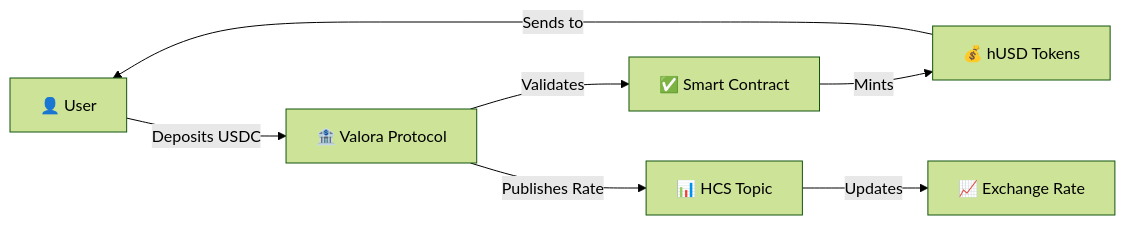
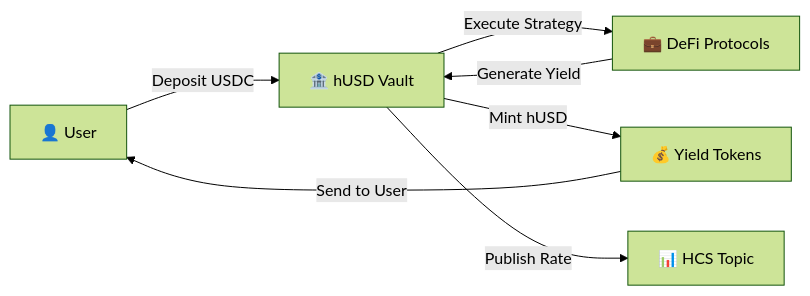
One commit to Salvador-Martinez-Gutierrez/HBANK changed the diagram in README.md. Above: the diagram before and after it, drawn with Mermaid (forest theme). The commit also changed other lines of this file, not shown here.

````diff
--- a/README.md
+++ b/README.md
@@ -171,9 +117,9 @@
 ```mermaid
 graph LR
-    A[👤 User] -->|Deposits USDC| B[🏦 Valora Protocol]
-    B -->|Validates| C[✅ Smart Contract]
-    C -->|Mints| D[💰 hUSD Tokens]
-    D -->|Sends to| A
-    B -->|Publishes Rate| E[📊 HCS Topic]
-    E -->|Updates| F[📈 Exchange Rate]
+    A[👤 User] -->|Deposit USDC| B[🏦 hUSD Vault]
+    B -->|Execute Strategy| C[💼 DeFi Protocols]
+    C -->|Generate Yield| B
+    B -->|Mint hUSD| D[💰 Yield Tokens]
+    D -->|Send to User| A
+    B -->|Publish Rate| E[📊 HCS Topic]
 ```
````
